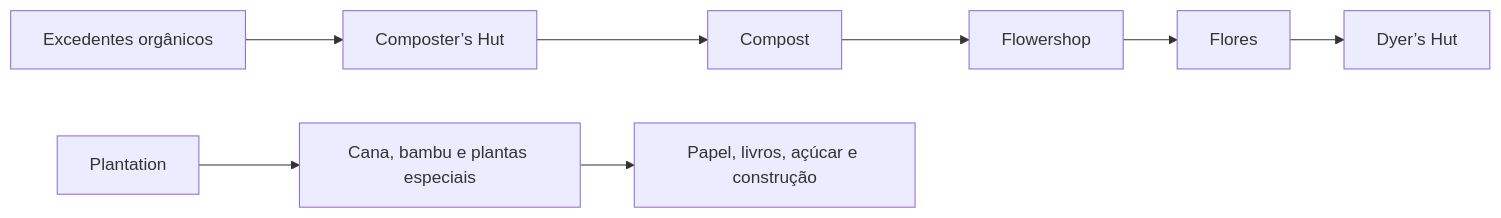
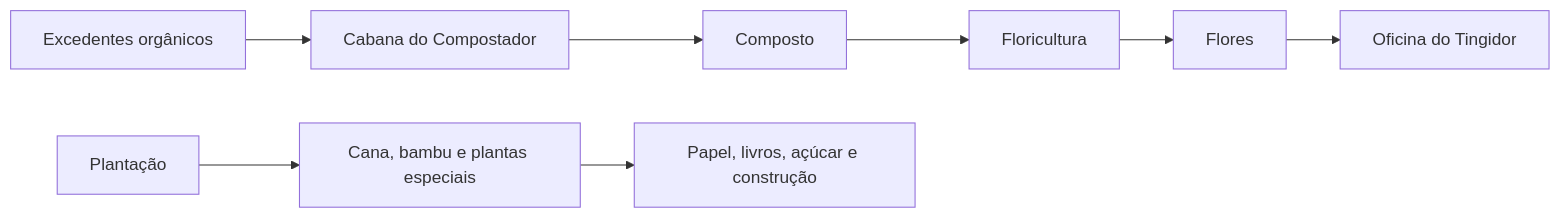
One commit to addandias/minecolonies-vault changed the diagram in content/06 - Recursos e Produção/Agricultura avançada.md. Above: the diagram before and after it, drawn with Mermaid. The commit also changed other lines of this file and 2 other files, not shown here.

````diff
--- a/content/06 - Recursos e Produção/Agricultura avançada.md
+++ b/content/06 - Recursos e Produção/Agricultura avançada.md
@@ -14,10 +14,10 @@
 ```mermaid
 flowchart LR
-    A["Excedentes orgânicos"] --> B["Composter’s Hut"]
-    B --> C["Compost"]
-    C --> D["Flowershop"]
+    A["Excedentes orgânicos"] --> B["Cabana do Compostador"]
+    B --> C["Composto"]
+    C --> D["Floricultura"]
     D --> E["Flores"]
-    E --> F["Dyer’s Hut"]
-    G["Plantation"] --> H["Cana, bambu e plantas especiais"]
+    E --> F["Oficina do Tingidor"]
+    G["Plantação"] --> H["Cana, bambu e plantas especiais"]
     H --> I["Papel, livros, açúcar e construção"]
 ```
````
